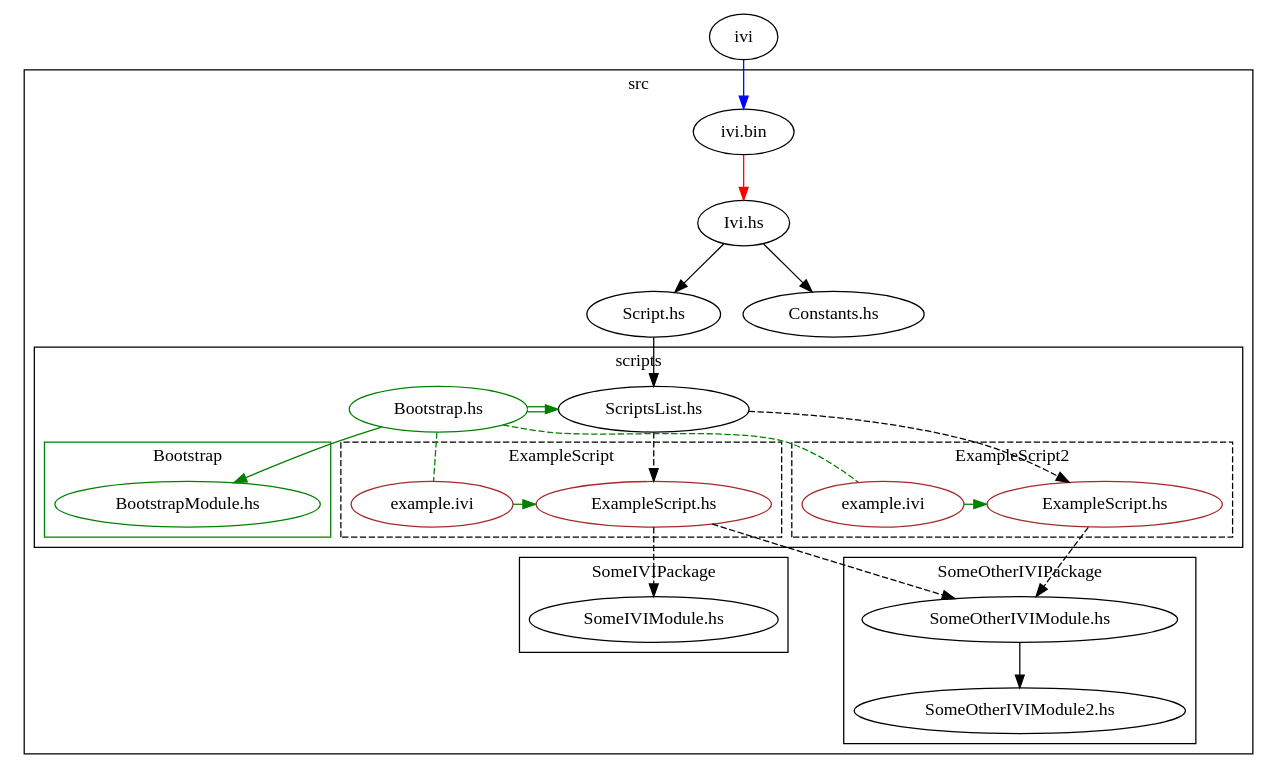
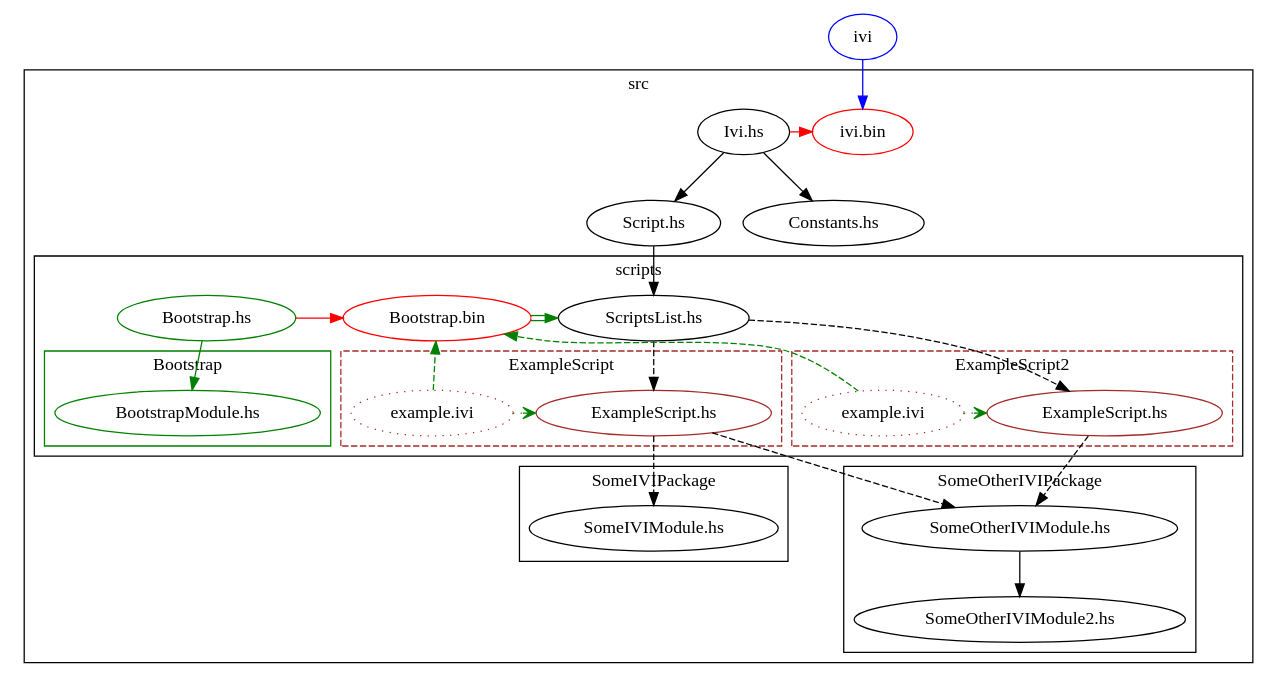
Before and after one commit to NorfairKing/IVI: the diagram in details/dep_graph.dot, drawn with Graphviz. The commit also changed 4 other files, not shown here.

```diff
--- a/details/dep_graph.dot
+++ b/details/dep_graph.dot
@@ -1,82 +1,87 @@
 digraph G {
-    ivilink [label="ivi"];
+    ivilink [label="ivi", color="blue"];
 
     subgraph cluster_src {
         label = "src";
         
-        ivibin [label="ivi.bin"];
+        ivibin [label="ivi.bin", color="red"];
         
         ivihs [label="Ivi.hs"];
         scripths [label="Script.hs"];
         constantshs [label="Constants.hs"];
 
+        {rank=same ivibin ivihs};
         {rank=same scripths constantshs};
 
         ivihs -> scripths;
         ivihs -> constantshs;
 
         subgraph cluster_src_scripts {
             label = "scripts";
             scriptslisths [label="ScriptsList.hs"];
 
             bootstraphs [label="Bootstrap.hs", color="green"];
-            bootstraphs -> scriptslisths [color="green:white:green"];           
+            bootstrap [label="Bootstrap.bin", color="green", color="red"];
+            bootstraphs -> bootstrap [color="red"];
+            bootstrap -> scriptslisths [color="green:white:green"];           
 
-            {rank=same bootstraphs scriptslisths};
+            {rank=same bootstraphs bootstrap scriptslisths};
 
             subgraph cluster_scr_scripts_bootstrap {
                 label = "Bootstrap";
                 color = "green";
             
                 bootstrapmodulehs [label="BootstrapModule.hs",color="green"];
             }
             bootstraphs -> bootstrapmodulehs[color="green"];
 
             subgraph cluster_src_scripts_examplescript {
                 label = "ExampleScript";
                 style = "dashed";
+                color = "brown";
                 
                 examplescripths [label="ExampleScript.hs", color="brown"];
-                ivifile [label="example.ivi",color="brown"];
-                ivifile -> examplescripths [color="green"];
+                ivifile [label="example.ivi",color="brown", style="dotted"];
+                ivifile -> examplescripths [color="green", style="dotted", arrowhead="vee"];
                 {rank=same ivifile examplescripths};
             }
             
             subgraph cluster_src_scripts_examplescript2 {
                 label = "ExampleScript2";
                 style = "dashed";
+                color = "brown";
                 
                 examplescript2hs [label="ExampleScript.hs", color="brown"];
-                ivifile2 [label="example.ivi", color="brown"];
-                ivifile2 -> examplescript2hs [color="green"];
+                ivifile2 [label="example.ivi", color="brown", style="dotted"];
+                ivifile2 -> examplescript2hs [color="green", style="dotted", arrowhead="vee"];
                 {rank=same ivifile2 examplescript2hs};
             }
             scriptslisths -> examplescripths [style="dashed"];
             scriptslisths -> examplescript2hs [style="dashed"];
 
             
-            bootstraphs -> ivifile [color="green",arrowhead ="none",style="dashed"];
-            bootstraphs -> ivifile2 [color="green",arrowhead ="none",style="dashed"];
+            ivifile  -> bootstrap [color="green", style="dashed"];
+            ivifile2 -> bootstrap [color="green", style="dashed"];
 
         }
         
 
         scripths -> scriptslisths;
     
         subgraph cluster_src_ivipackage {
             label = "SomeIVIPackage";
             ivimodule [label="SomeIVIModule.hs"];
         }
         subgraph cluster_src_otherivipackage {
             label = "SomeOtherIVIPackage";
             otherivimodule [label="SomeOtherIVIModule.hs"];
             otherivimodule2 [label="SomeOtherIVIModule2.hs"];
             otherivimodule -> otherivimodule2;
         }
     }
     examplescripths -> ivimodule [style="dashed"];
     examplescripths -> otherivimodule [style="dashed"];
     examplescript2hs -> otherivimodule [style="dashed"];
     ivilink ->ivibin [color="blue"];
-    ivibin -> ivihs [color="red"];
+    ivihs -> ivibin [color="red"];
 }
```
